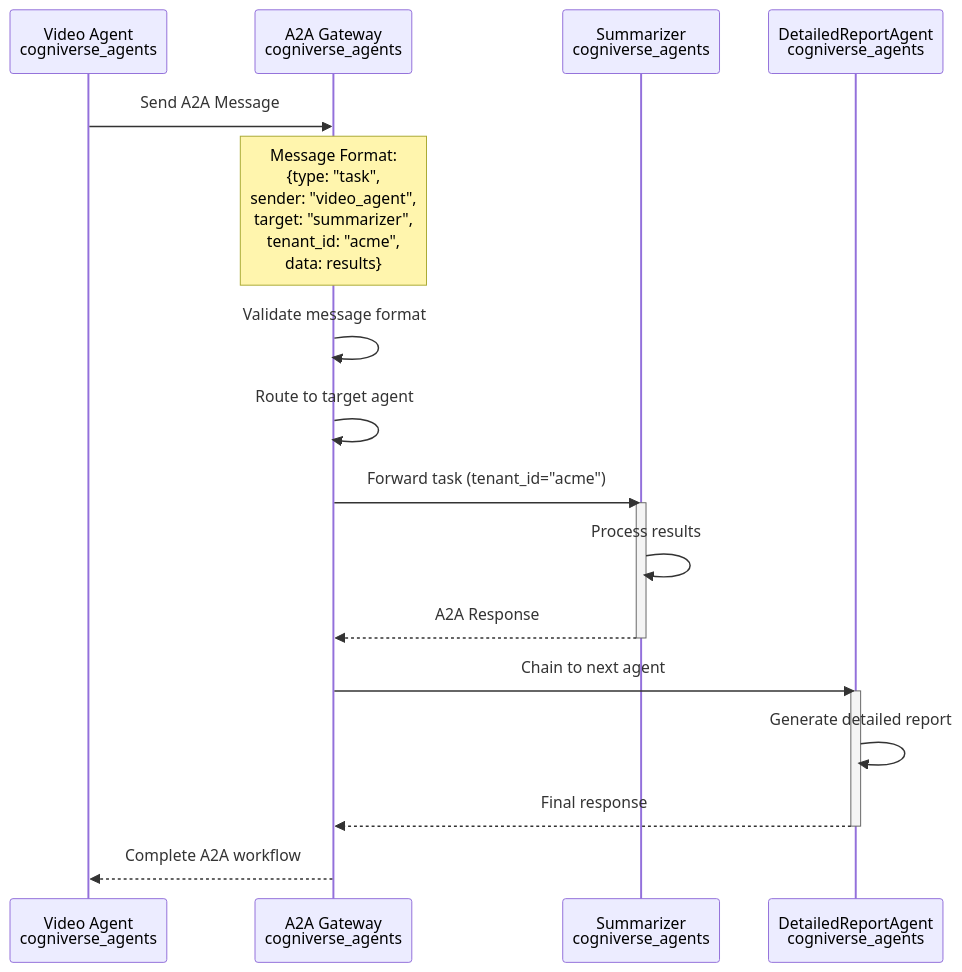
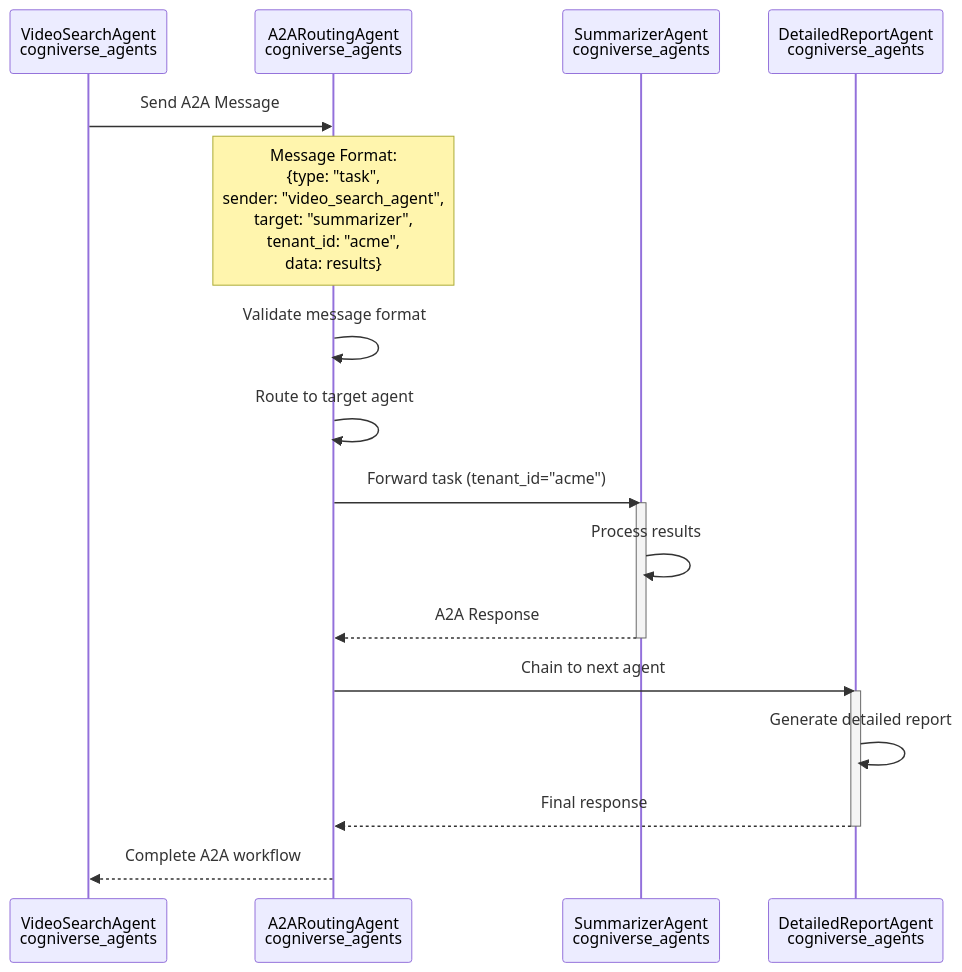
Before and after one commit to amit-jain/cogniverse: the seventh of 24 diagrams in docs/architecture/system-flows.md, drawn with Mermaid. The commit also changed other lines of this file and 137 other files, not shown here.

First line of the commit message:
Refactor agents to tenant-agnostic startup with per-request tenant routing

````diff
--- a/docs/architecture/system-flows.md
+++ b/docs/architecture/system-flows.md
@@ -288,28 +270,28 @@
 ```mermaid
 sequenceDiagram
-    participant VideoAgent as Video Agent<br/>cogniverse_agents
-    participant Gateway as A2A Gateway<br/>cogniverse_agents
-    participant Summarizer as Summarizer<br/>cogniverse_agents
+    participant VideoAgent as VideoSearchAgent<br/>cogniverse_agents
+    participant Gateway as A2ARoutingAgent<br/>cogniverse_agents
+    participant Summarizer as SummarizerAgent<br/>cogniverse_agents
     participant ReportAgent as DetailedReportAgent<br/>cogniverse_agents
 
     VideoAgent->>Gateway: Send A2A Message
-    Note over Gateway: Message Format:<br/>{type: "task",<br/>sender: "video_agent",<br/>target: "summarizer",<br/>tenant_id: "acme",<br/>data: results}
+    Note over Gateway: Message Format:<br/>{type: "task",<br/>sender: "video_search_agent",<br/>target: "summarizer",<br/>tenant_id: "acme",<br/>data: results}
 
     Gateway->>Gateway: Validate message format
     Gateway->>Gateway: Route to target agent
 
     Gateway->>Summarizer: Forward task (tenant_id="acme")
 
     activate Summarizer
     Summarizer->>Summarizer: Process results
     Summarizer-->>Gateway: A2A Response
     deactivate Summarizer
 
     Gateway->>ReportAgent: Chain to next agent
     activate ReportAgent
     ReportAgent->>ReportAgent: Generate detailed report
     ReportAgent-->>Gateway: Final response
     deactivate ReportAgent
 
     Gateway-->>VideoAgent: Complete A2A workflow
 ```
````
